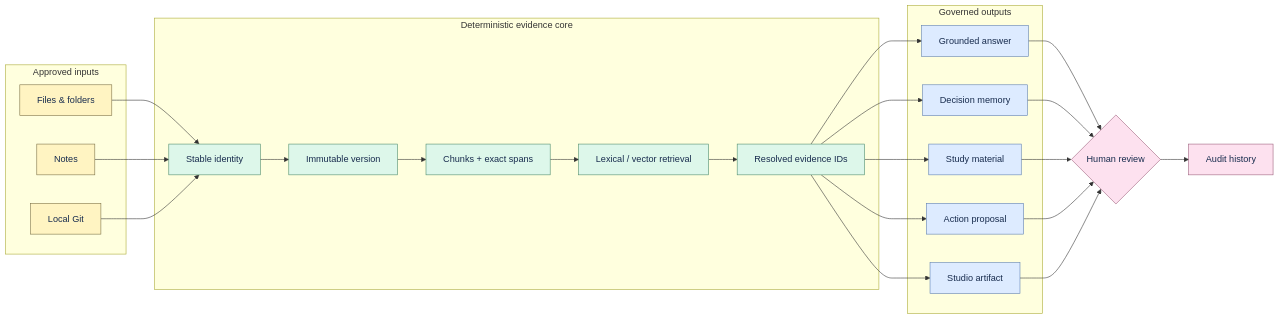
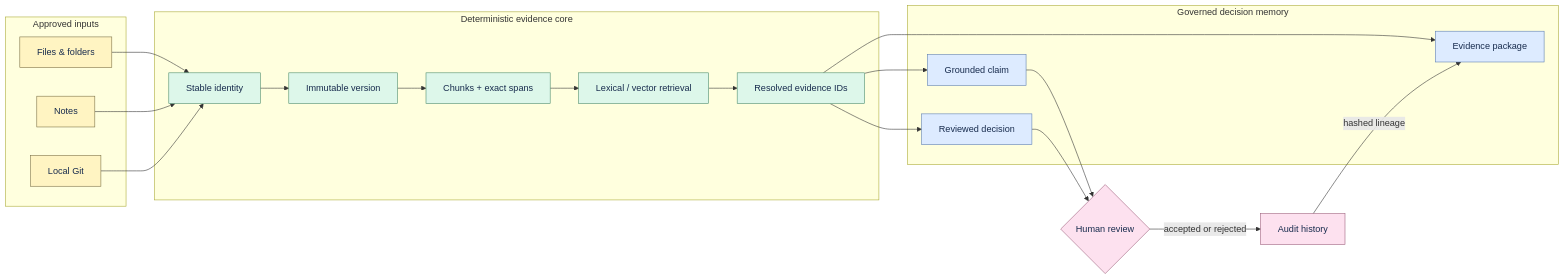
One commit to thangldw/proofline changed the diagram in docs/architecture.md. Above: the diagram before and after it, drawn with Mermaid. The commit also changed other lines of this file and 29 other files, not shown here.

````diff
--- a/docs/architecture.md
+++ b/docs/architecture.md
@@ -8,40 +8,38 @@
 ```mermaid
 flowchart LR
     subgraph Inputs["Approved inputs"]
         F["Files & folders"]
         N["Notes"]
         G["Local Git"]
     end
     subgraph Core["Deterministic evidence core"]
         I["Stable identity"] --> V["Immutable version"]
         V --> C["Chunks + exact spans"]
         C --> R["Lexical / vector retrieval"]
         R --> E["Resolved evidence IDs"]
     end
-    subgraph Outputs["Governed outputs"]
-        Q["Grounded answer"]
-        M["Decision memory"]
-        L["Study material"]
-        P["Action proposal"]
-        S["Studio artifact"]
+    subgraph Outputs["Governed decision memory"]
+        Q["Grounded claim"]
+        M["Reviewed decision"]
+        P["Evidence package"]
     end
     F --> I
     N --> I
     G --> I
     E --> Q
     E --> M
-    E --> L
     E --> P
-    E --> S
-    Q & M & L & P & S --> H{"Human review"}
-    H --> A["Audit history"]
+    Q --> H{"Human review"}
+    M --> H
+    H -->|accepted or rejected| A["Audit history"]
+    A -->|hashed lineage| P
 
     classDef source fill:#FFF4C2,stroke:#7A6F45,color:#172B4D;
     classDef core fill:#DDF7EA,stroke:#4C8B6B,color:#172B4D;
     classDef output fill:#DDEBFF,stroke:#5B7DB1,color:#172B4D;
     classDef human fill:#FDE1EF,stroke:#9C5E7B,color:#172B4D;
     class F,N,G source;
     class I,V,C,R,E core;
-    class Q,M,L,P,S output;
+    class Q,M,P output;
     class H,A human;
 ```
````
